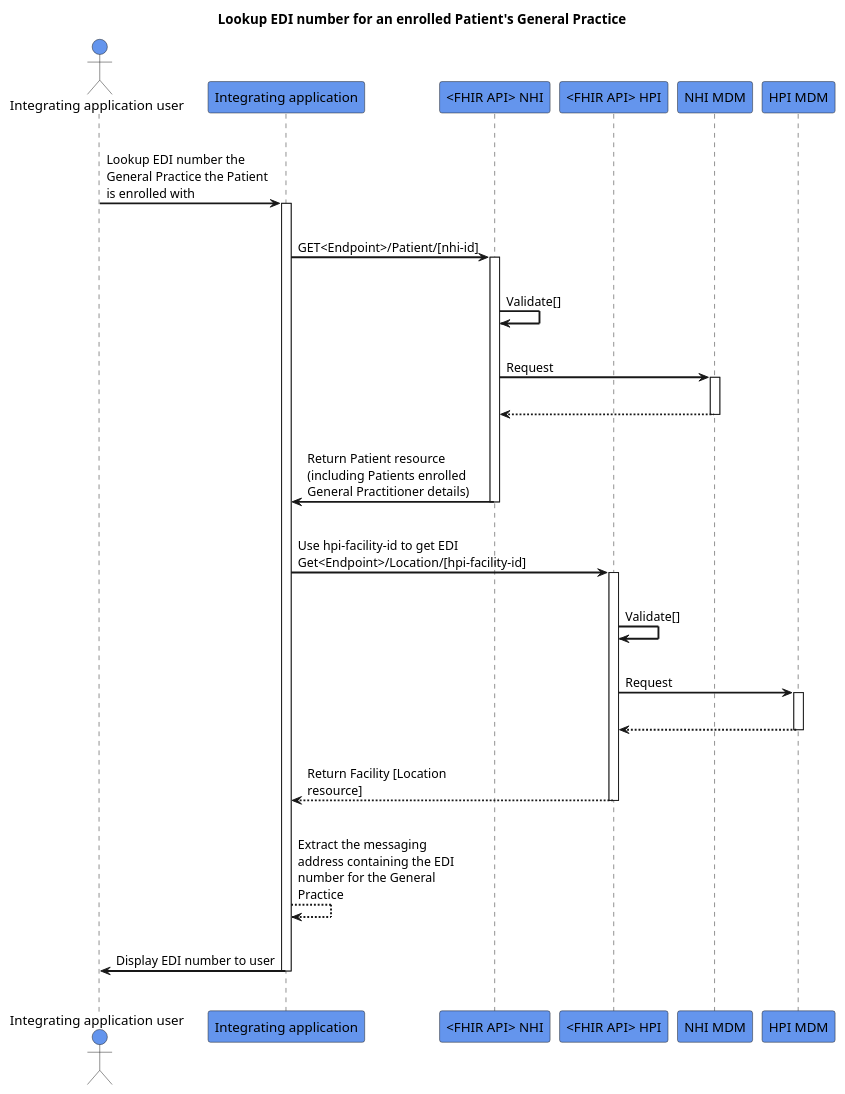
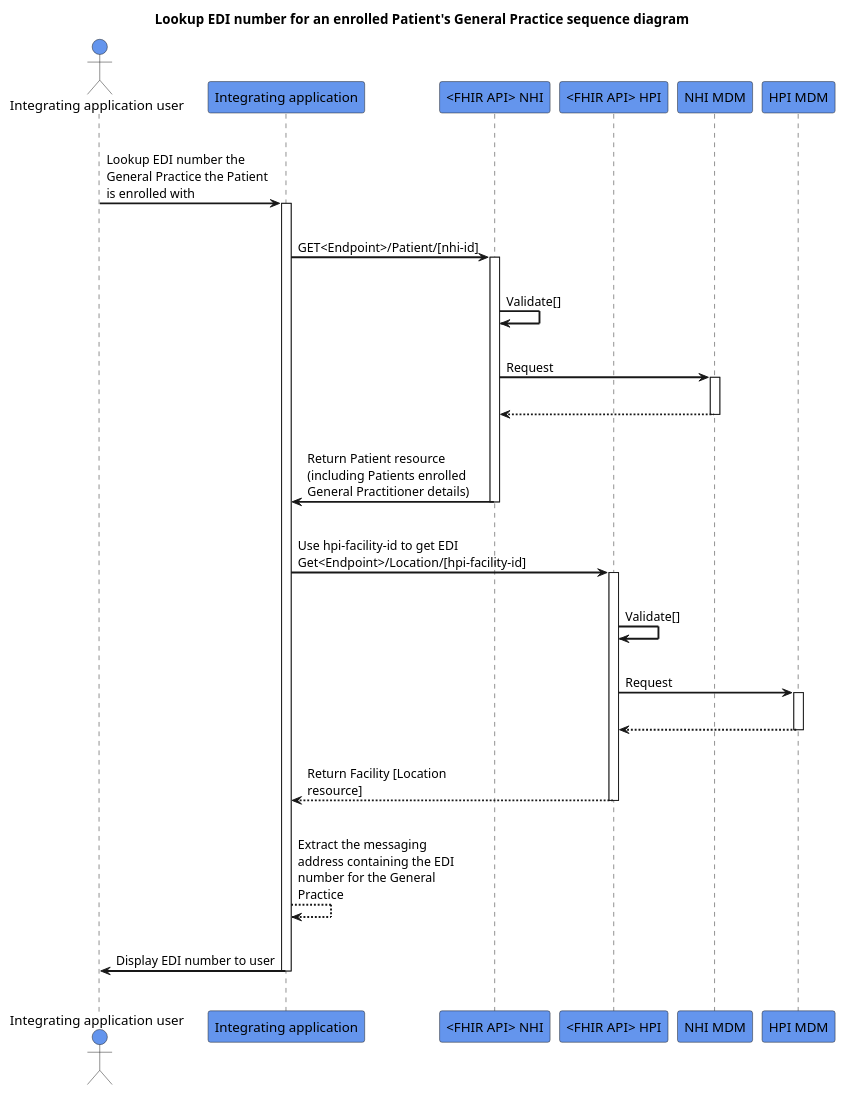
One commit to HL7NZ/hpi changed the diagram in input/images-source/lookup-edi-number-NHI.plantuml. Above: the diagram before and after it, drawn with PlantUML.

```diff
--- a/input/images-source/lookup-edi-number-NHI.plantuml
+++ b/input/images-source/lookup-edi-number-NHI.plantuml
@@ -1,50 +1,50 @@
 @startuml
 skinparam sequenceArrowThickness 2
 skinparam roundcorner 5
 skinparam maxmessagesize 180
 skinparam sequenceParticipant bold
-title Lookup EDI number for an enrolled Patient's General Practice
+title Lookup EDI number for an enrolled Patient's General Practice sequence diagram
 actor "Integrating application user" as User #CornflowerBlue
 participant "Integrating application" as A #CornflowerBlue
 participant "<FHIR API> NHI" as B #CornflowerBlue
 participant "<FHIR API> HPI" as C #CornflowerBlue
 participant "NHI MDM" as D #CornflowerBlue
 participant "HPI MDM" as E #CornflowerBlue
 |||
 User -> A: Lookup EDI number the General Practice the Patient is enrolled with
 activate A
 |||
 A -> B: GET<Endpoint>/Patient/[nhi-id]
 activate B
 |||
 B -> B: Validate[]
 |||
 B -> D: Request
 activate D
 |||
 D -[dashed]-> B:  
 deactivate D
 |||
 B -> A: Return Patient resource (including Patients enrolled General Practitioner details)
 deactivate B
 |||
 A -> C: Use hpi-facility-id to get EDI Get<Endpoint>/Location/[hpi-facility-id]
 activate C
 |||
 C -> C: Validate[]
 |||
 C -> E: Request
 activate E
 |||
 E -[dashed]-> C:  
 deactivate E
 |||
 C -[dashed]-> A:Return Facility [Location resource]
 deactivate C
 |||
 A -[dashed]-> A: Extract the messaging address containing the EDI number for the General Practice
 |||
 A -> User: Display EDI number to user
 deactivate A
 |||
 @enduml
```
